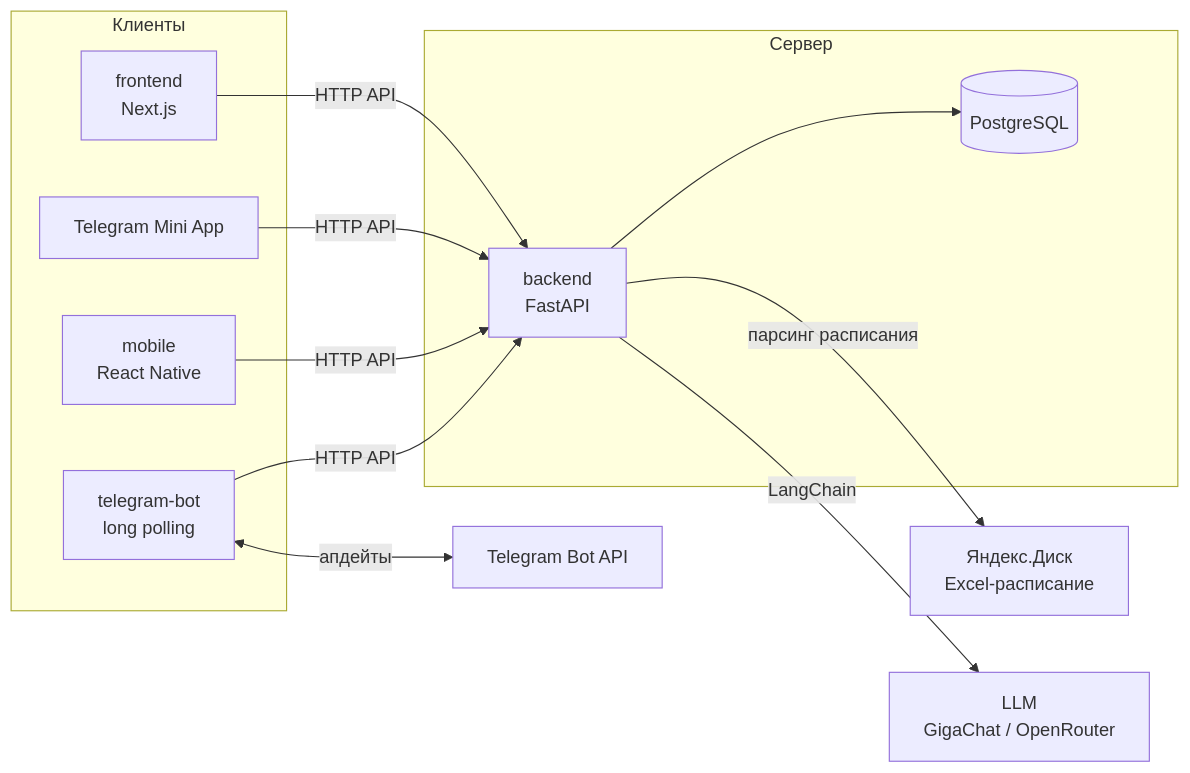
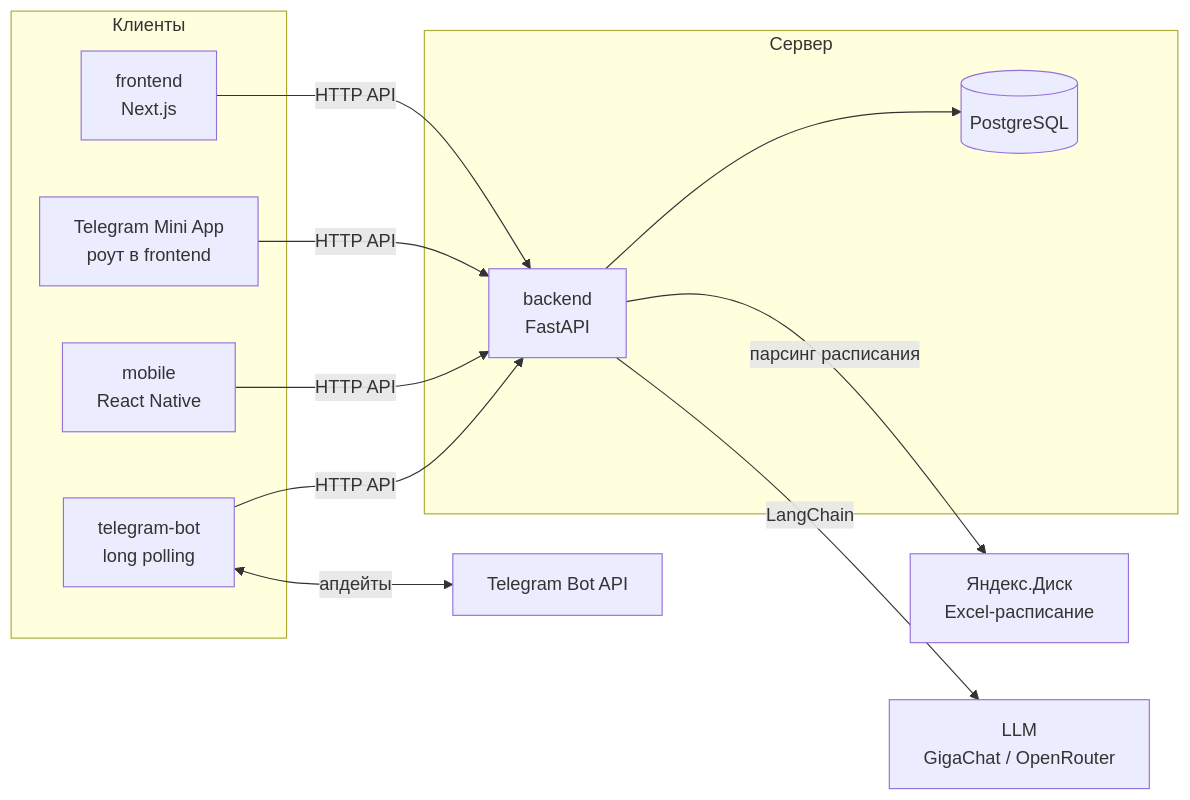
The first of 6 diagrams in README.md (Ivansups/Zeta), drawn with Mermaid before and after one commit. The commit also changed other lines of this file and 2 other files, not shown here.

Commit message:
docs: clarify that the Mini App route is owned by the bot developer

````diff
--- a/README.md
+++ b/README.md
@@ -26,28 +26,28 @@
 ```mermaid
 graph LR
     subgraph Clients[Клиенты]
         W[frontend<br/>Next.js]
-        MA[Telegram Mini App]
+        MA[Telegram Mini App<br/>роут в frontend]
         M[mobile<br/>React Native]
         T[telegram-bot<br/>long polling]
     end
 
     TG[Telegram Bot API]
     Y[Яндекс.Диск<br/>Excel-расписание]
     L[LLM<br/>GigaChat / OpenRouter]
 
     W -->|HTTP API| B
     MA -->|HTTP API| B
     M -->|HTTP API| B
     T -->|HTTP API| B
     T <-->|апдейты| TG
 
     subgraph Server[Сервер]
         B[backend<br/>FastAPI]
         DB[(PostgreSQL)]
     end
 
     B --> DB
     B -->|парсинг расписания| Y
     B -->|LangChain| L
 ```
````
